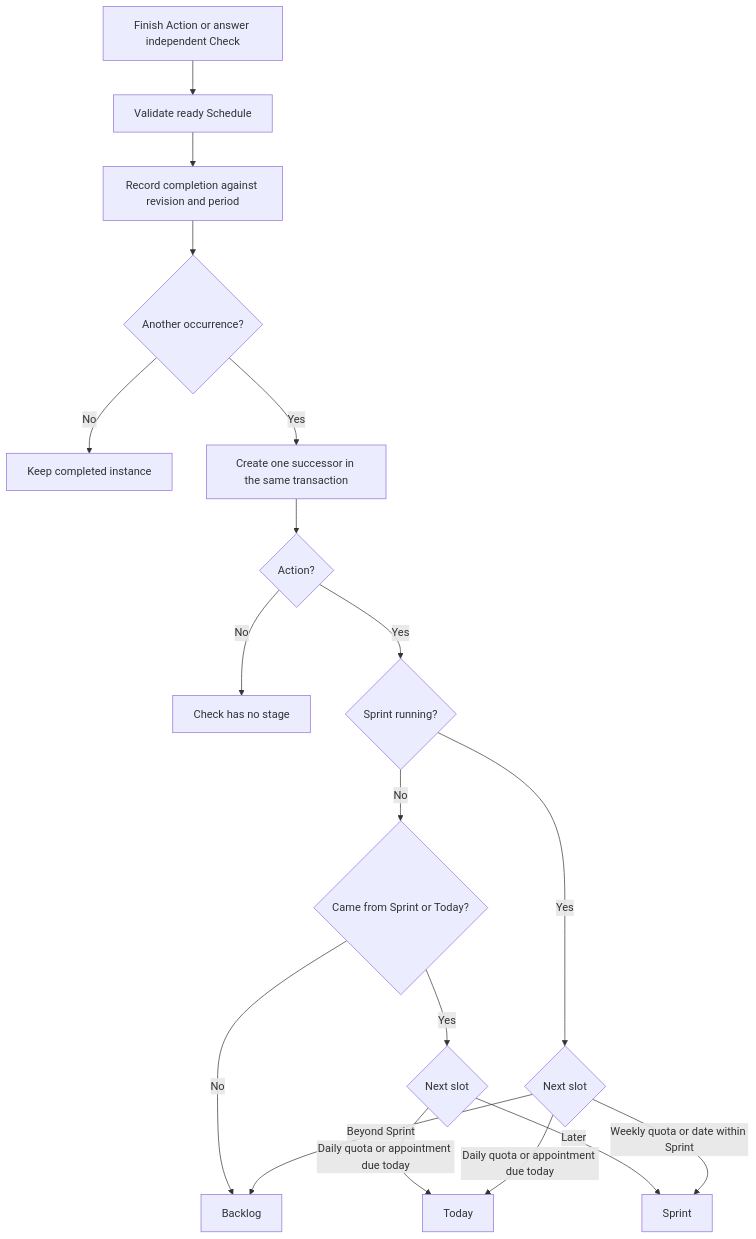
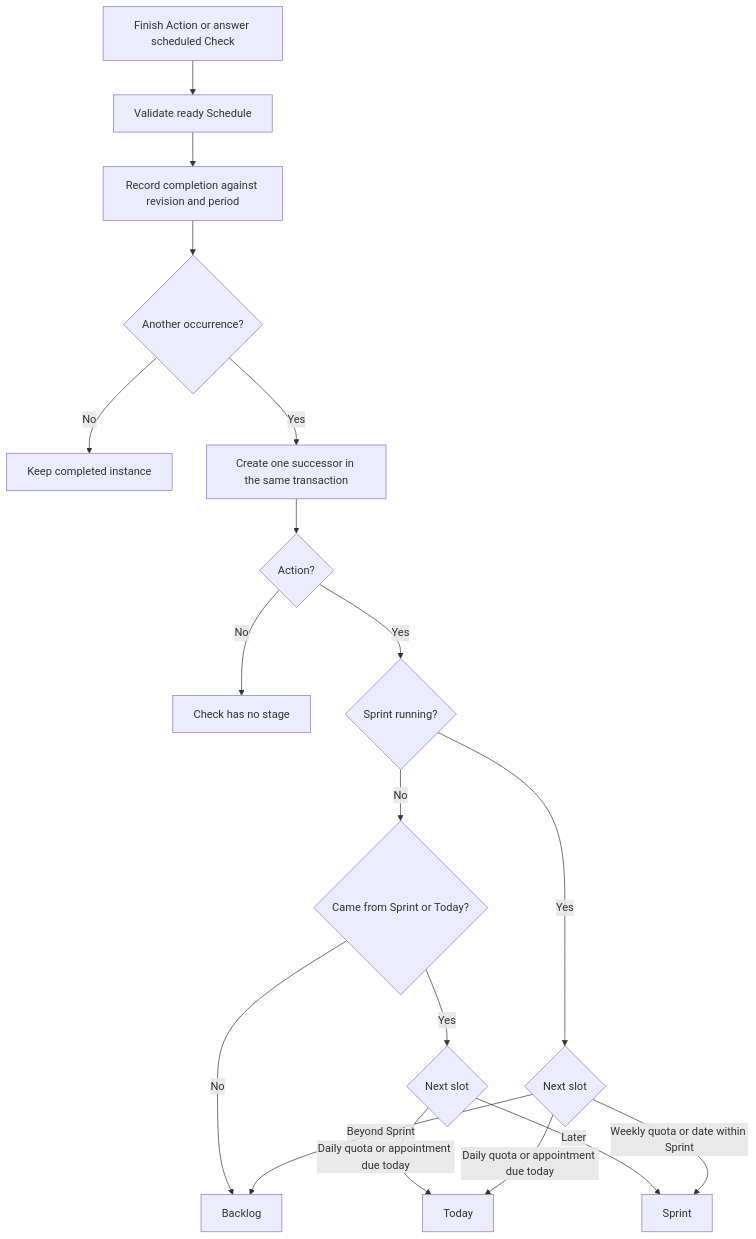
One commit to myvaheed/tg-ai-safwa changed the second of 3 diagrams in docs/SCHEDULES.md. Above: the diagram before and after it, drawn with Mermaid. The commit also changed other lines of this file and 16 other files, not shown here.

Commit message:
v9.176 let a scheduled Check hang on a Goal: its next instance opens there while the Goal is open, and finishing the Goal takes its last answer and ends the series

````diff
--- a/docs/SCHEDULES.md
+++ b/docs/SCHEDULES.md
@@ -70,20 +70,20 @@
 ```mermaid
 flowchart TD
-    A[Finish Action or answer independent Check] --> B[Validate ready Schedule]
+    A[Finish Action or answer scheduled Check] --> B[Validate ready Schedule]
     B --> C[Record completion against revision and period]
     C --> D{Another occurrence?}
     D -->|No| E[Keep completed instance]
     D -->|Yes| F[Create one successor in the same transaction]
     F --> G{Action?}
     G -->|No| H[Check has no stage]
     G -->|Yes| I{Sprint running?}
     I -->|No| P{Came from Sprint or Today?}
     P -->|No| B2[Backlog]
     P -->|Yes| Q{Next slot}
     Q -->|Daily quota or appointment due today| T
     Q -->|Later| K[Sprint]
     I -->|Yes| J{Next slot}
     J -->|Daily quota or appointment due today| T[Today]
     J -->|Weekly quota or date within Sprint| K
     J -->|Beyond Sprint| B2
 ```
````
